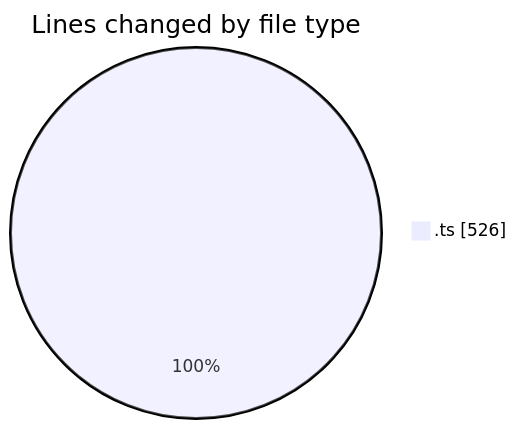
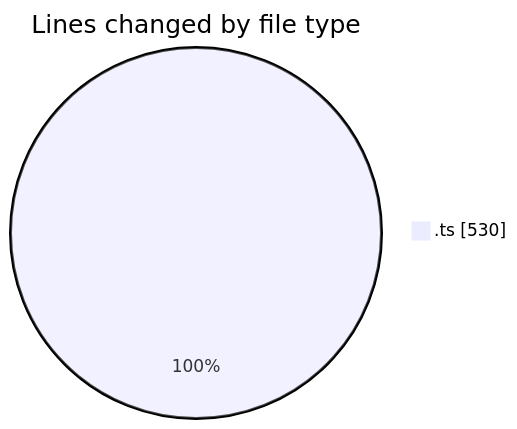
Before and after one commit to momahboobian/code-tracking: the first of 2 diagrams in 2025-08-01/cda/README.md, drawn with Mermaid. The commit also changed other lines of this file and 1 other file, not shown here.

````diff
--- a/2025-08-01/cda/README.md
+++ b/2025-08-01/cda/README.md
@@ -20,5 +20,5 @@
 ```mermaid
 pie showData
 title Lines changed by file type
-".ts" : 526
+".ts" : 530
 ```
````
